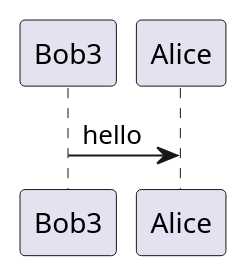
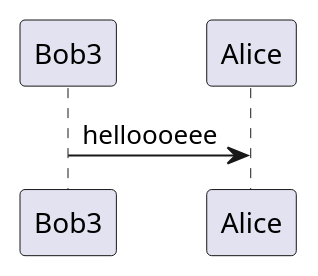
Before and after one commit to baki504/code-conversation-presentations: the diagram in src/02.another-presentation.md, drawn with PlantUML. The commit also changed 42 other files, not shown here.

````diff
--- a/src/02.another-presentation.md
+++ b/src/02.another-presentation.md
@@ -7,5 +7,5 @@
 ```plantuml
 @startuml
-Bob3 -> Alice : hello
+Bob3 -> Alice : helloooeee
 @enduml
 ```
````
